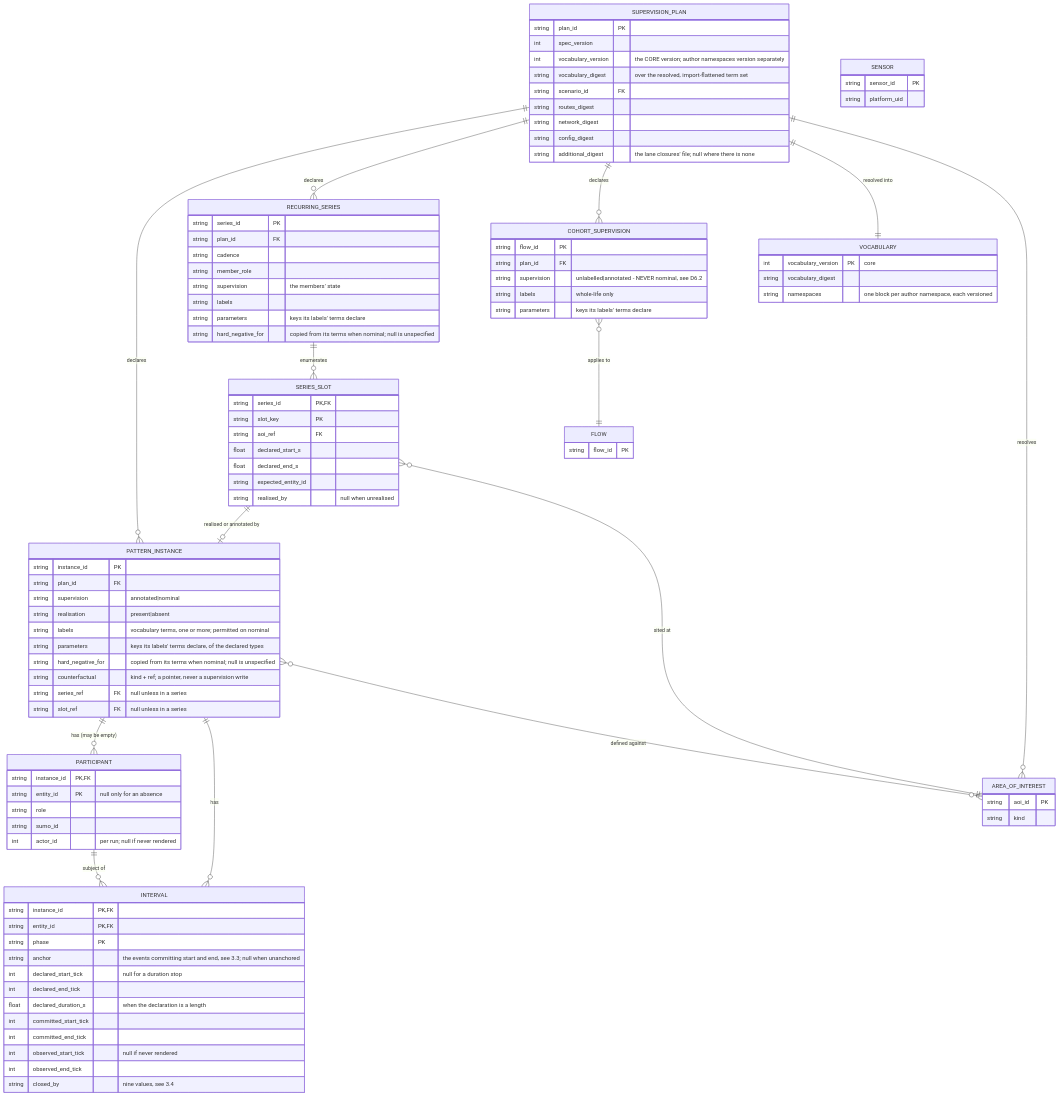
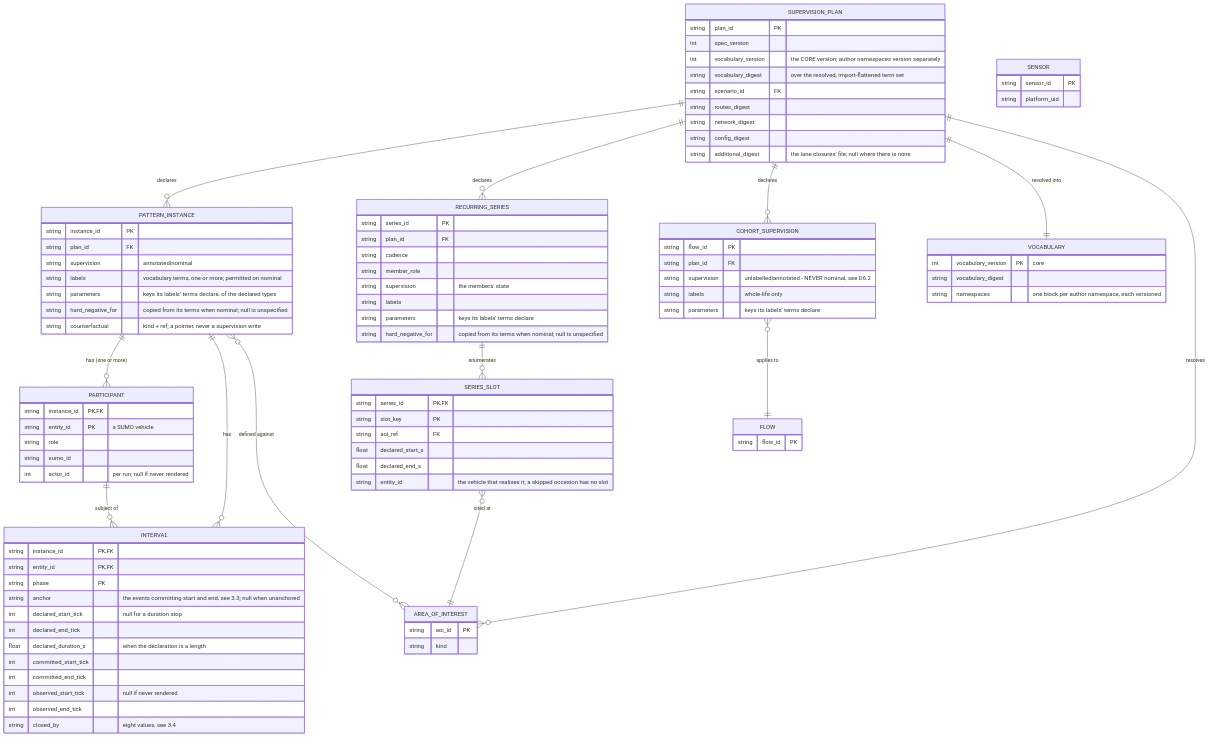
The third of 5 diagrams in Docs/CAT_Research/Plans/SUMO_Behavioral_Capture/06_Truth_And_Annotation.md (sbrett9/carla), drawn with Mermaid before and after one commit. The commit also changed other lines of this file and 8 other files, not shown here.

```diff
--- a/Docs/CAT_Research/Plans/SUMO_Behavioral_Capture/06_Truth_And_Annotation.md
+++ b/Docs/CAT_Research/Plans/SUMO_Behavioral_Capture/06_Truth_And_Annotation.md
@@ -1956,10 +1899,9 @@
     SUPERVISION_PLAN ||--o{ AREA_OF_INTEREST : resolves
 
     RECURRING_SERIES ||--o{ SERIES_SLOT : enumerates
-    SERIES_SLOT ||--o| PATTERN_INSTANCE : "realised or annotated by"
     SERIES_SLOT }o--|| AREA_OF_INTEREST : "sited at"
 
-    PATTERN_INSTANCE ||--o{ PARTICIPANT : "has (may be empty)"
+    PATTERN_INSTANCE ||--o{ PARTICIPANT : "has (one or more)"
     PATTERN_INSTANCE ||--o{ INTERVAL : "has"
     PATTERN_INSTANCE }o--o{ AREA_OF_INTEREST : "defined against"
     PARTICIPANT ||--o{ INTERVAL : "subject of"
@@ -1983,17 +1925,14 @@
         string instance_id PK
         string plan_id FK
         string supervision "annotated|nominal"
-        string realisation "present|absent"
         string labels "vocabulary terms, one or more; permitted on nominal"
         string parameters "keys its labels' terms declare, of the declared types"
         string hard_negative_for "copied from its terms when nominal; null is unspecified"
         string counterfactual "kind + ref; a pointer, never a supervision write"
-        string series_ref FK "null unless in a series"
-        string slot_ref FK "null unless in a series"
     }
     PARTICIPANT {
         string instance_id PK, FK
-        string entity_id PK "null only for an absence"
+        string entity_id PK "a SUMO vehicle"
         string role
         string sumo_id
         int actor_id "per run; null if never rendered"
@@ -2010,7 +1949,7 @@
         int committed_end_tick
         int observed_start_tick "null if never rendered"
         int observed_end_tick
-        string closed_by "nine values, see 3.4"
+        string closed_by "eight values, see 3.4"
     }
     RECURRING_SERIES {
         string series_id PK
@@ -2028,8 +1967,7 @@
         string aoi_ref FK
         float declared_start_s
         float declared_end_s
-        string expected_entity_id
-        string realised_by "null when unrealised"
+        string entity_id "the vehicle that realises it; a skipped occasion has no slot"
     }
     COHORT_SUPERVISION {
         string flow_id PK
```
